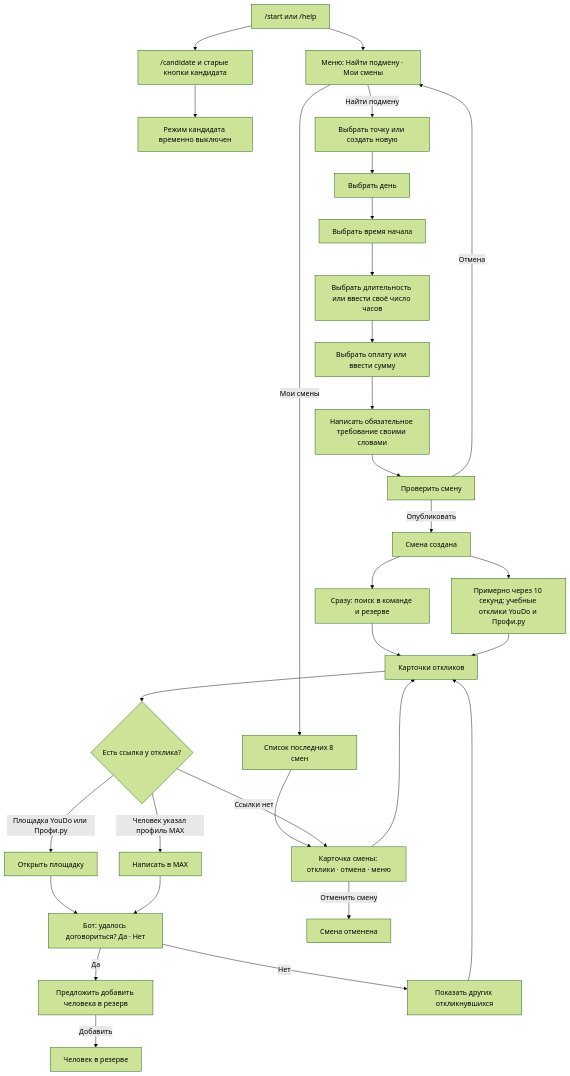
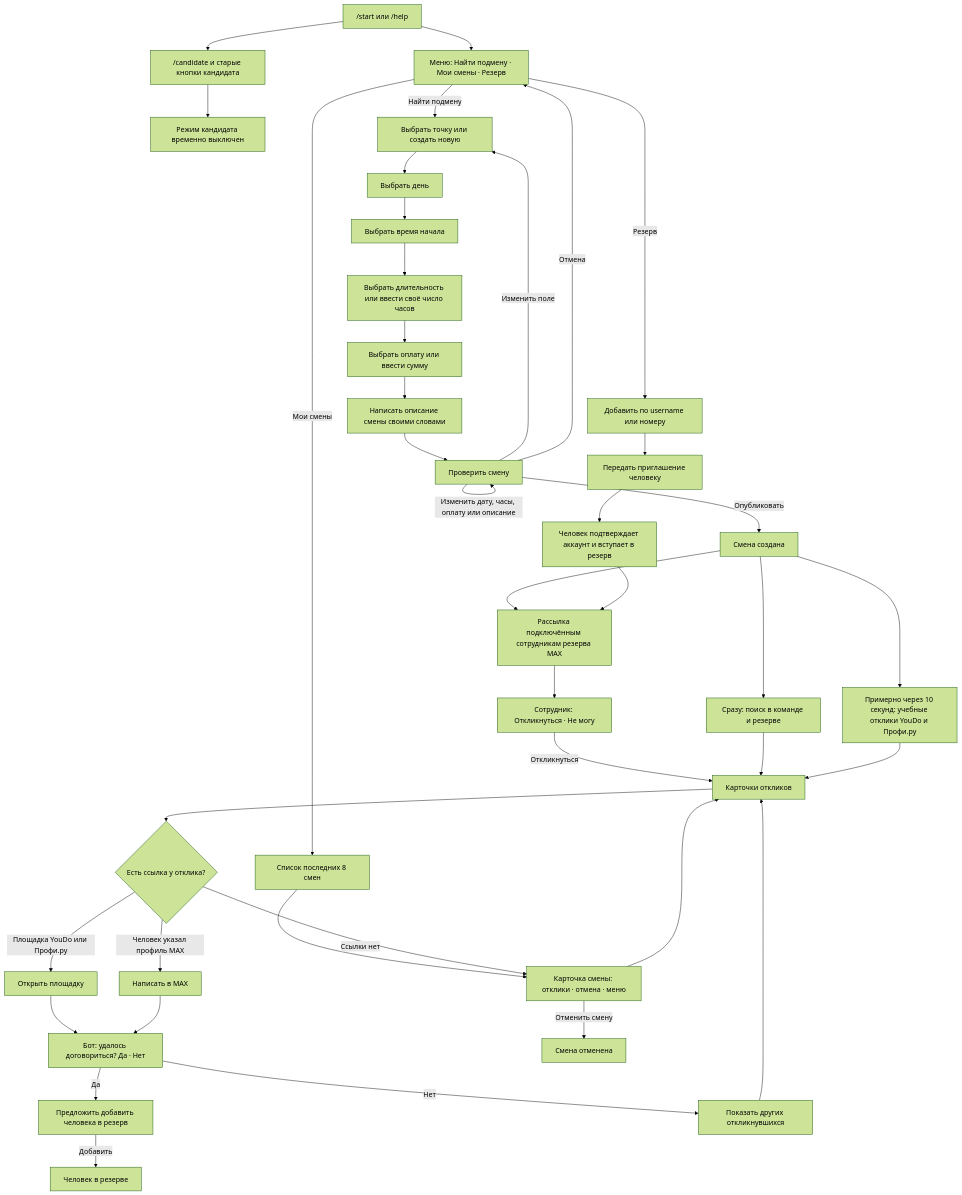
The first of 4 diagrams in docs/BOT_LOGIC_MAP.md (056nikita056/podmena-max-mvp), drawn with Mermaid (forest theme) before and after one commit. The commit also changed other lines of this file and 8 other files, not shown here.

````diff
--- a/docs/BOT_LOGIC_MAP.md
+++ b/docs/BOT_LOGIC_MAP.md
@@ -7,33 +7,42 @@
 ```mermaid
 flowchart TD
-    A["/start или /help"] --> B["Меню: Найти подмену · Мои смены"]
+    A["/start или /help"] --> B["Меню: Найти подмену · Мои смены · Резерв"]
     A --> C["/candidate и старые кнопки кандидата"]
     C --> C1["Режим кандидата временно выключен"]
     B -->|Найти подмену| D["Выбрать точку или создать новую"]
     D --> E["Выбрать день"]
     E --> F["Выбрать время начала"]
     F --> G["Выбрать длительность или ввести своё число часов"]
     G --> H["Выбрать оплату или ввести сумму"]
-    H --> I["Написать обязательное требование своими словами"]
+    H --> I["Написать описание смены своими словами"]
     I --> J["Проверить смену"]
+    J -->|Изменить поле| D
+    J -->|Изменить дату, часы, оплату или описание| J
     J -->|Опубликовать| K["Смена создана"]
     J -->|Отмена| B
     K --> L["Сразу: поиск в команде и резерве"]
+    K --> L1["Рассылка подключённым сотрудникам резерва MAX"]
+    L1 --> L2["Сотрудник: Откликнуться · Не могу"]
+    L2 -->|Откликнуться| N
     K --> M["Примерно через 10 секунд: учебные отклики YouDo и Профи.ру"]
     L --> N["Карточки откликов"]
     M --> N
     B -->|Мои смены| O["Список последних 8 смен"]
+    B -->|Резерв| Z["Добавить по username или номеру"]
+    Z --> Z1["Передать приглашение человеку"]
+    Z1 --> Z2["Человек подтверждает аккаунт и вступает в резерв"]
+    Z2 --> L1
     O --> P["Карточка смены: отклики · отмена · меню"]
     P --> N
     N --> Q{"Есть ссылка у отклика?"}
     Q -->|Площадка YouDo или Профи.ру| R["Открыть площадку"]
     Q -->|Человек указал профиль MAX| S["Написать в MAX"]
     Q -->|Ссылки нет| P
     R --> T["Бот: удалось договориться? Да · Нет"]
     S --> T
     T -->|Да| U["Предложить добавить человека в резерв"]
     U -->|Добавить| V["Человек в резерве"]
     T -->|Нет| W["Показать других откликнувшихся"]
     W --> N
     P -->|Отменить смену| X["Смена отменена"]
 ```
````
